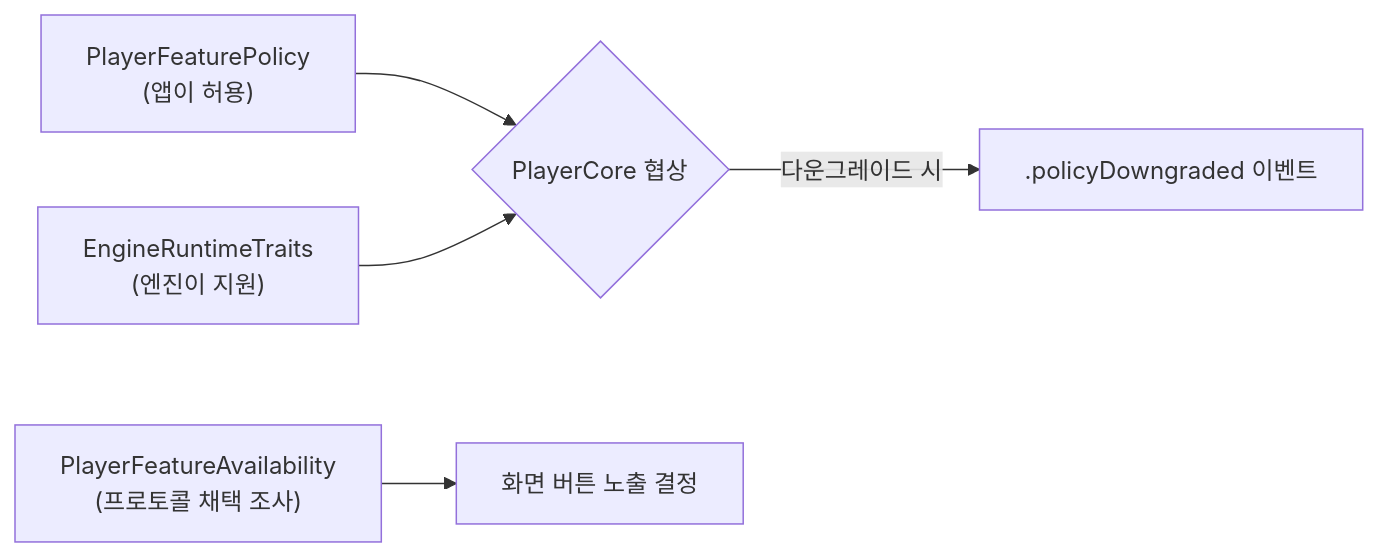
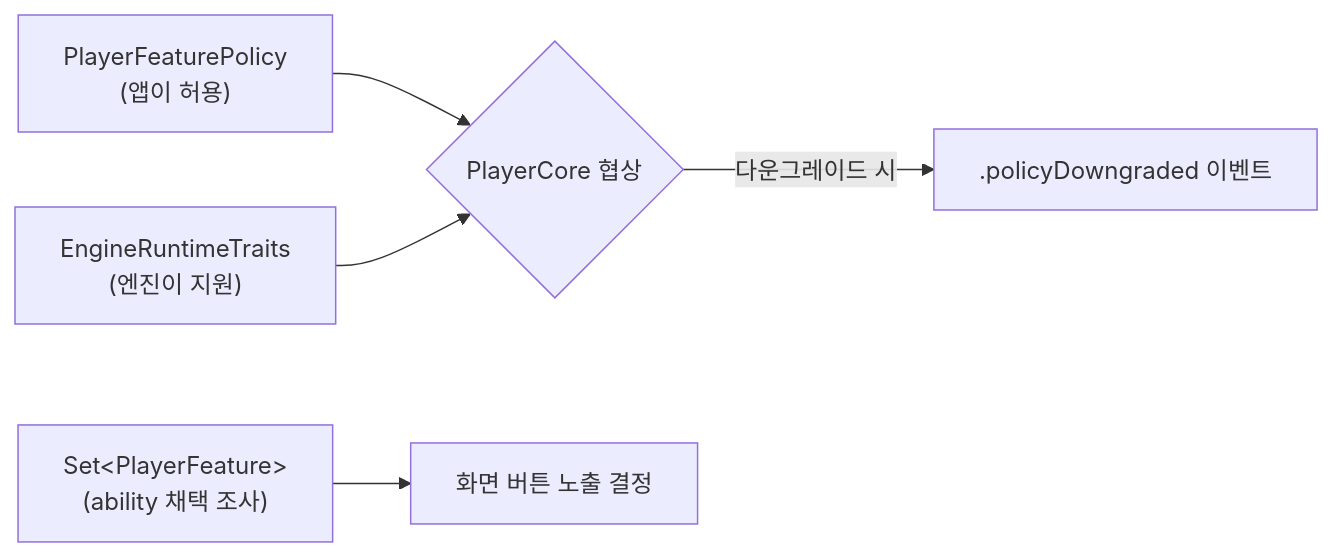
Before and after one commit to megastudymobile/ms-videoplayer-ios: the second of 2 diagrams in docs/HANDOVER/03-domain-types.md, drawn with Mermaid. The commit also changed other lines of this file and 6 other files, not shown here.

````diff
--- a/docs/HANDOVER/03-domain-types.md
+++ b/docs/HANDOVER/03-domain-types.md
@@ -190,7 +192,7 @@
 ```mermaid
 flowchart LR
     Policy["PlayerFeaturePolicy<br/>(앱이 허용)"] --> Nego{PlayerCore 협상}
     Caps["EngineRuntimeTraits<br/>(엔진이 지원)"] --> Nego
-    Avail["PlayerFeatureAvailability<br/>(프로토콜 채택 조사)"] --> UI[화면 버튼 노출 결정]
+    Avail["Set&lt;PlayerFeature&gt;<br/>(ability 채택 조사)"] --> UI[화면 버튼 노출 결정]
     Nego -->|다운그레이드 시| Event[".policyDowngraded 이벤트"]
 ```
````
